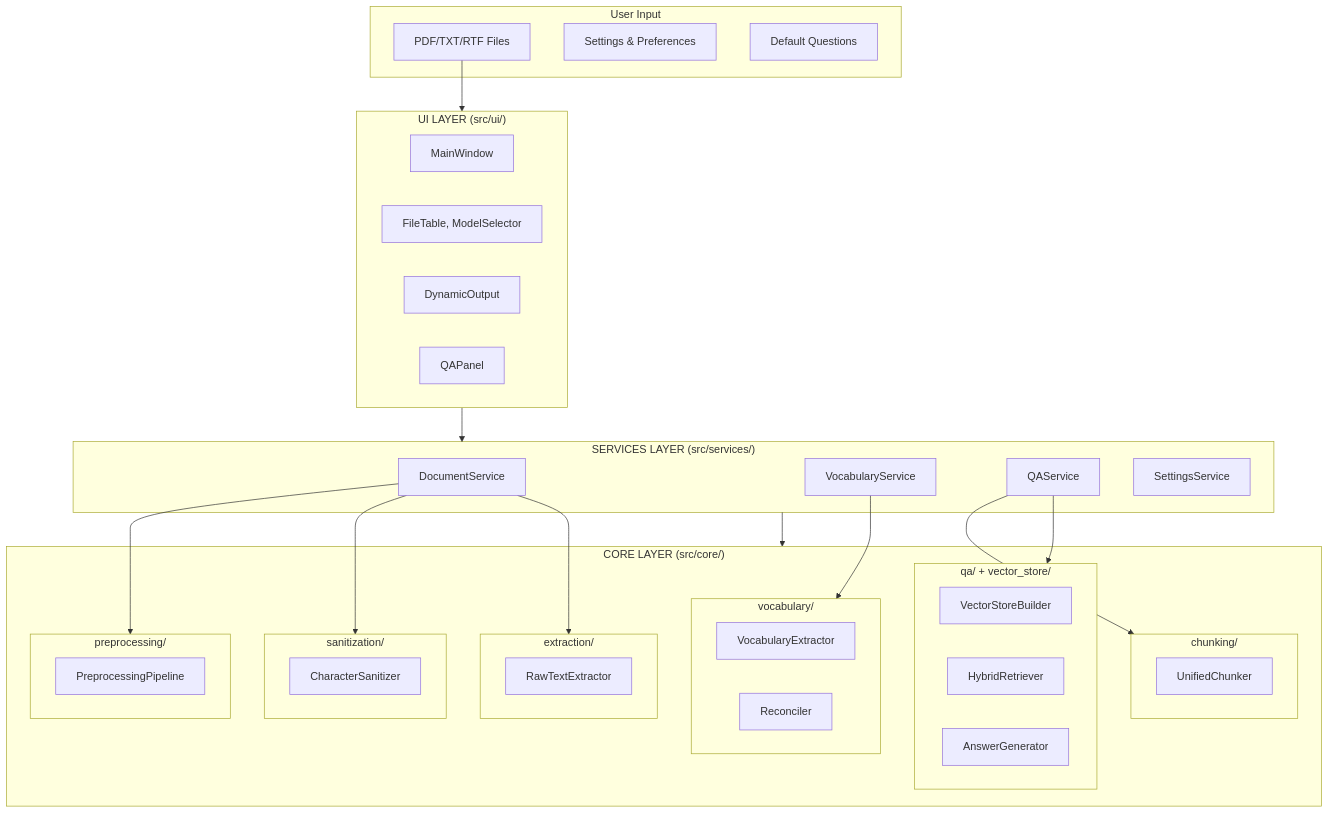
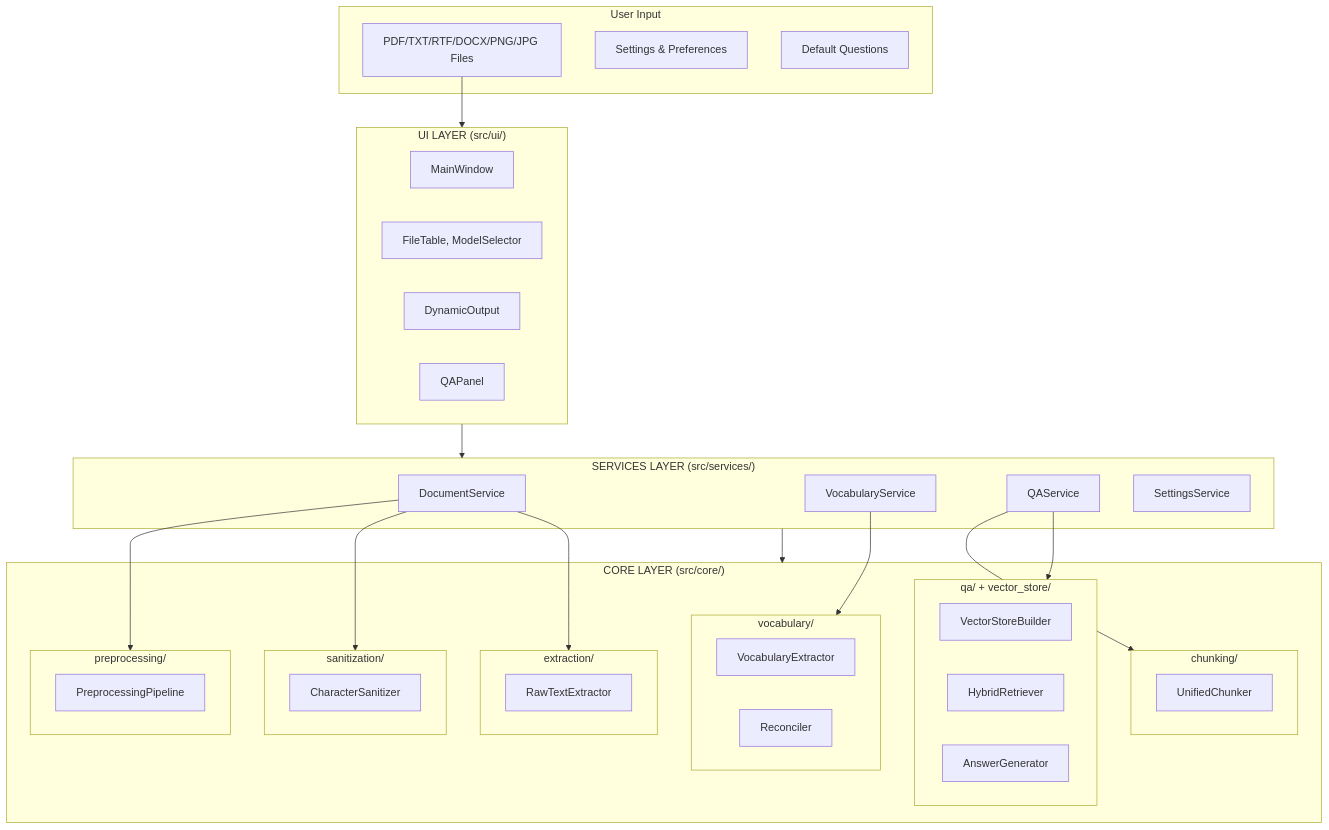
Before and after one commit to caseprepd-app/CaseSummarizer: the first of 8 diagrams in ARCHITECTURE.md, drawn with Mermaid. The commit also changed other lines of this file and 29 other files, not shown here.

````diff
--- a/ARCHITECTURE.md
+++ b/ARCHITECTURE.md
@@ -100,56 +100,56 @@
 ```mermaid
 flowchart TB
     subgraph USER["User Input"]
-        Files["PDF/TXT/RTF Files"]
+        Files["PDF/TXT/RTF/DOCX/PNG/JPG Files"]
         Settings["Settings & Preferences"]
         Questions["Default Questions"]
     end
 
     subgraph UI["UI LAYER (src/ui/)"]
         MainWindow["MainWindow"]
         Widgets["FileTable, ModelSelector"]
         Output["DynamicOutput"]
         QAPanel["QAPanel"]
     end
 
     subgraph SERVICES["SERVICES LAYER (src/services/)"]
         DocService["DocumentService"]
         VocabService["VocabularyService"]
         QAService["QAService"]
         SettingsService["SettingsService"]
     end
 
     subgraph CORE["CORE LAYER (src/core/)"]
         subgraph EXTRACT["extraction/"]
             RawText["RawTextExtractor"]
         end
         subgraph SANIT["sanitization/"]
             Sanitize["CharacterSanitizer"]
         end
         subgraph PREPROC["preprocessing/"]
             Preprocess["PreprocessingPipeline"]
         end
         subgraph CHUNK["chunking/"]
             Unified["UnifiedChunker"]
         end
         subgraph VOCAB["vocabulary/"]
             VocabExtract["VocabularyExtractor"]
             Reconciler["Reconciler"]
         end
         subgraph QA["qa/ + vector_store/"]
             VectorStore["VectorStoreBuilder"]
             Retriever["HybridRetriever"]
             AnswerGen["AnswerGenerator"]
         end
     end
 
     Files --> UI
     UI --> SERVICES
     SERVICES --> CORE
     DocService --> EXTRACT
     DocService --> SANIT
     DocService --> PREPROC
     VocabService --> VOCAB
     QAService --> QA
     QAService --> CHUNK
 ```
````
